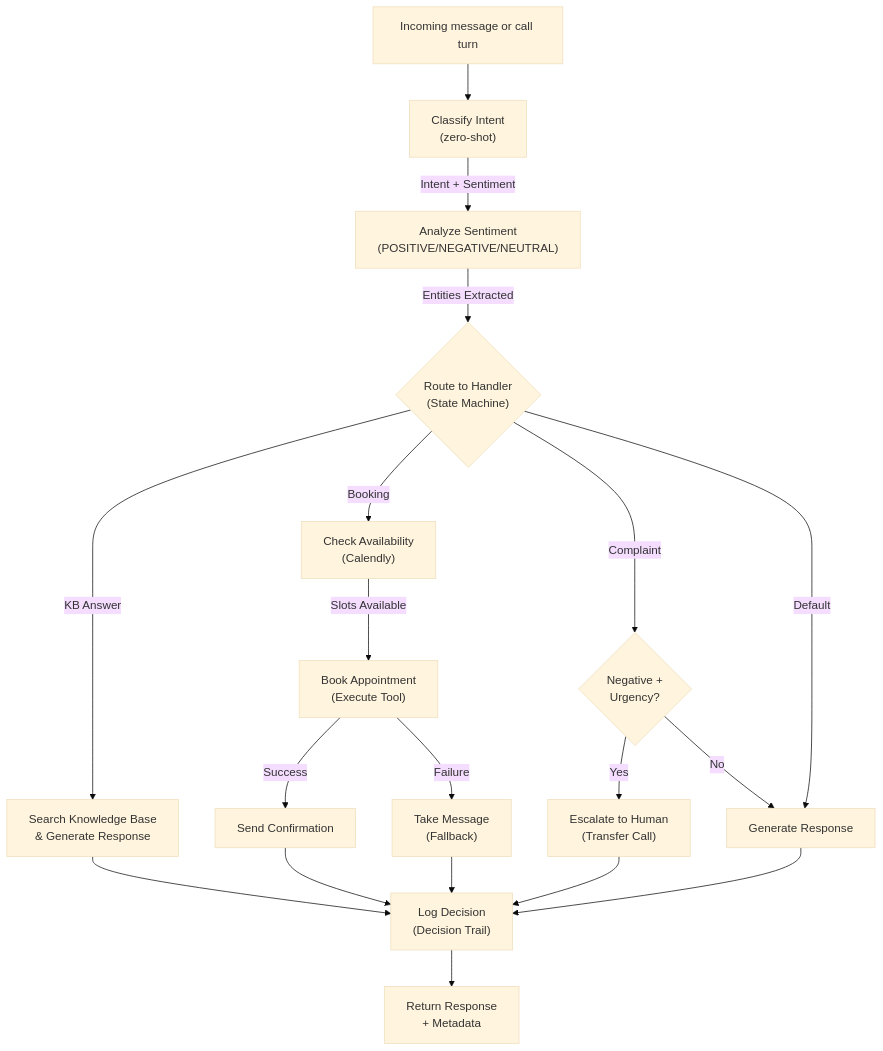
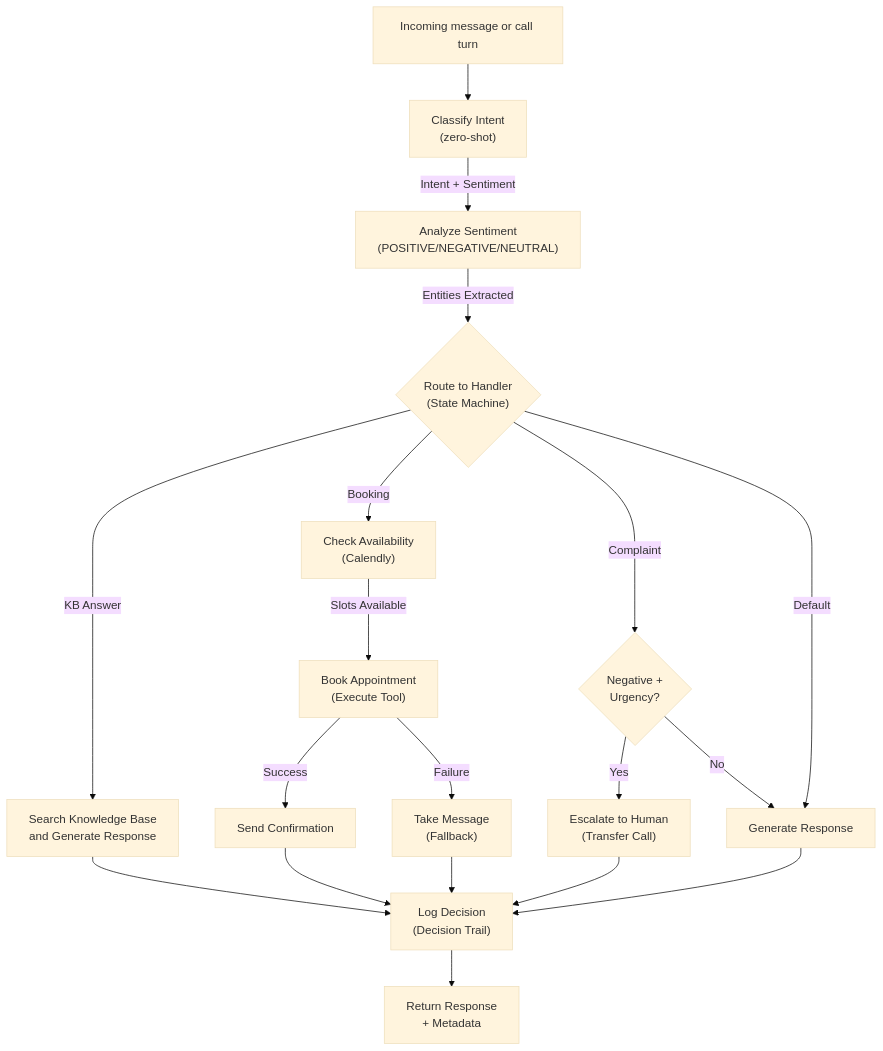
One commit to DhairyaDxt/Aivora changed the fifth of 10 diagrams in README.md. Above: the diagram before and after it, drawn with Mermaid (base theme). The commit also changed other lines of this file, not shown here.

````diff
--- a/README.md
+++ b/README.md
@@ -191,26 +192,26 @@
 ```mermaid
 flowchart TD
   Msg["Incoming message or call turn"] --> Classify["Classify Intent<br/>(zero-shot)"]
-  Classify -->|Intent + Sentiment| Sentiment["Analyze Sentiment<br/>(POSITIVE/NEGATIVE/NEUTRAL)"]
-  Sentiment -->|Entities Extracted| Route{"Route to Handler<br/>(State Machine)"}
-  
-  Route -->|"KB Answer"| KB["Search Knowledge Base<br/>& Generate Response"]
+  Classify -->|"Intent + Sentiment"| Sentiment["Analyze Sentiment<br/>(POSITIVE/NEGATIVE/NEUTRAL)"]
+  Sentiment -->|"Entities Extracted"| Route{"Route to Handler<br/>(State Machine)"}
+
+  Route -->|"KB Answer"| KB["Search Knowledge Base<br/>and Generate Response"]
   Route -->|"Booking"| Avail["Check Availability<br/>(Calendly)"]
   Route -->|"Complaint"| Detect{"Negative +<br/>Urgency?"}
   Route -->|"Default"| Generate["Generate Response"]
-  
+
   Avail -->|"Slots Available"| Book["Book Appointment<br/>(Execute Tool)"]
   Book -->|"Success"| Confirm["Send Confirmation"]
   Book -->|"Failure"| Fallback["Take Message<br/>(Fallback)"]
-  
+
   Detect -->|"Yes"| Escalate["Escalate to Human<br/>(Transfer Call)"]
   Detect -->|"No"| Generate
-  
+
   KB --> Log["Log Decision<br/>(Decision Trail)"]
   Confirm --> Log
   Fallback --> Log
   Escalate --> Log
   Generate --> Log
-  
+
   Log --> Response["Return Response<br/>+ Metadata"]
 ```
````
